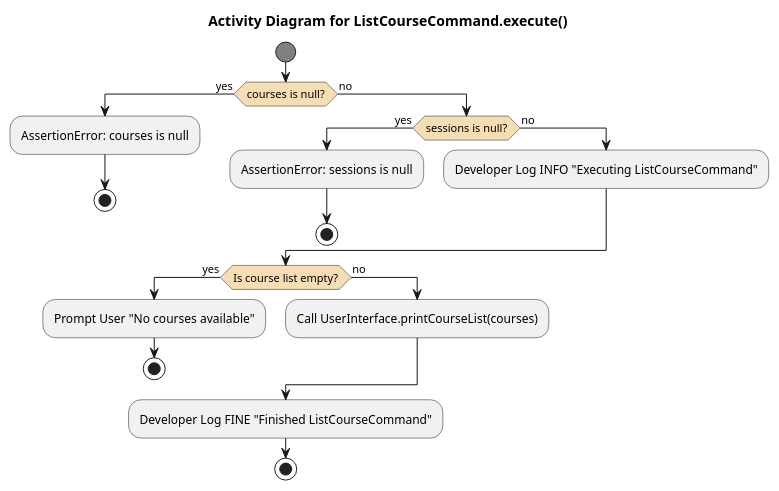
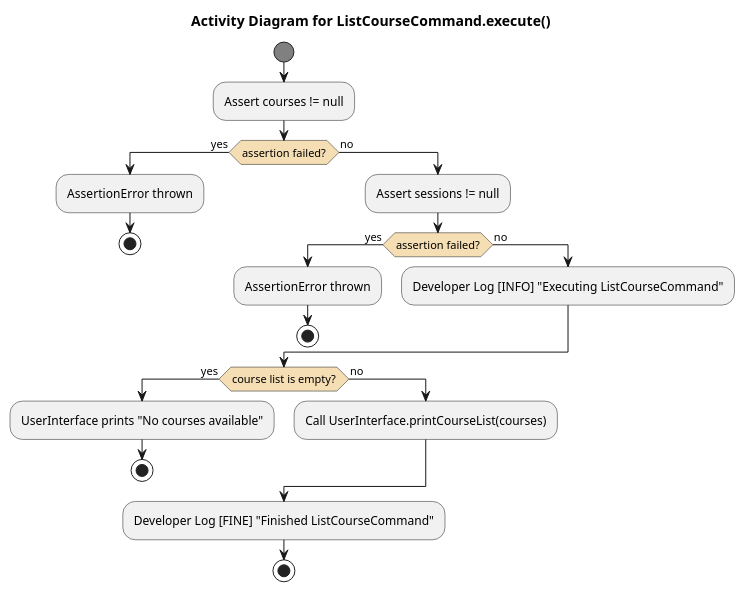
The diagram in docs/diagrams/ListCourseCommandActivityDiagram.puml (t-kandasami/tp), drawn with PlantUML before and after one commit. The commit also changed 1 other file, not shown here.

Commit message:
Docs: Update ListCourseCommand activity diagram

```diff
--- a/docs/diagrams/ListCourseCommandActivityDiagram.puml
+++ b/docs/diagrams/ListCourseCommandActivityDiagram.puml
@@ -1,34 +1,36 @@
 @startuml
 title Activity Diagram for ListCourseCommand.execute()
 
 skinparam ActivityStartColor #Gray
 skinparam ActivityEndColor #Gray
 skinparam ActivityDiamondBackgroundColor #Wheat
 skinparam Padding 1
 skinparam ParticipantPadding 1
 skinparam BoxPadding 1
 
 start
 
-if (courses is null?) then (yes)
-    :AssertionError: courses is null;
+:Assert courses != null;
+if (assertion failed?) then (yes)
+    :AssertionError thrown;
     stop
 else (no)
-    if (sessions is null?) then (yes)
-        :AssertionError: sessions is null;
+    :Assert sessions != null;
+    if (assertion failed?) then (yes)
+        :AssertionError thrown;
         stop
     else (no)
-        :Developer Log INFO "Executing ListCourseCommand";
+        :Developer Log [INFO] "Executing ListCourseCommand";
     endif
 endif
 
-if (Is course list empty?) then (yes)
-    :Prompt User "No courses available";
+if (course list is empty?) then (yes)
+    :UserInterface prints "No courses available";
     stop
 else (no)
     :Call UserInterface.printCourseList(courses);
 endif
 
-:Developer Log FINE "Finished ListCourseCommand";
+:Developer Log [FINE] "Finished ListCourseCommand";
 stop
 @enduml
```
